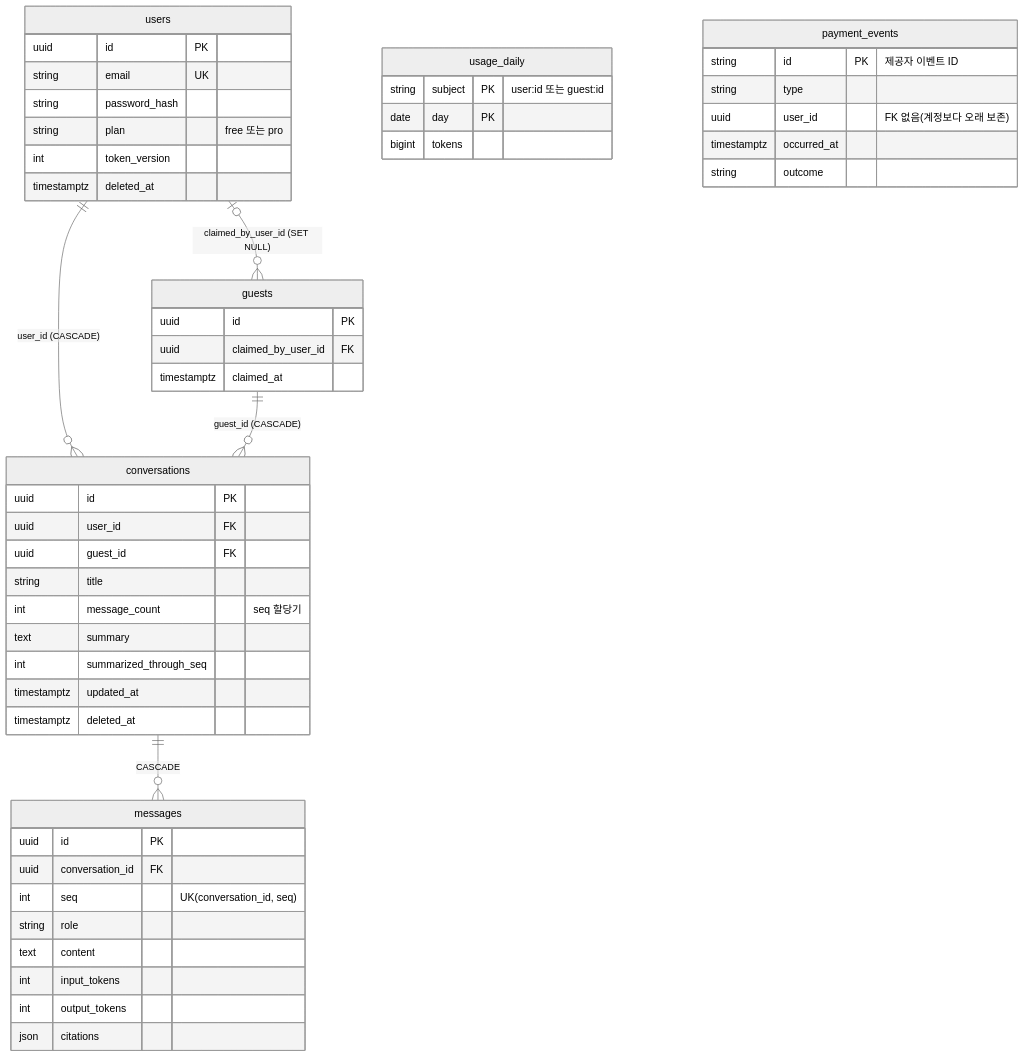
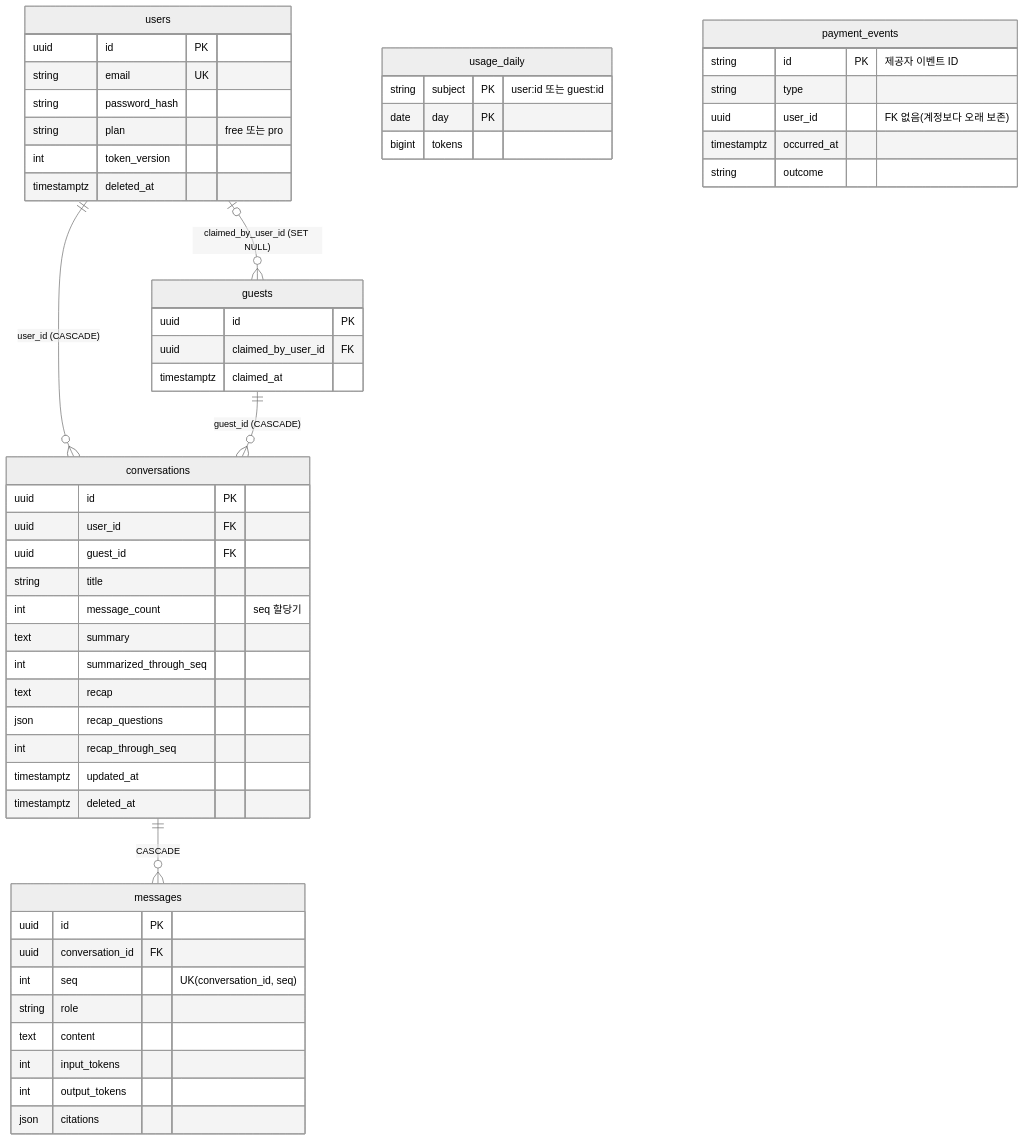
Before and after one commit to Jake-tt/chatforge: the sixth of 8 diagrams in ARCHITECTURE.md, drawn with Mermaid (neutral theme). The commit also changed other lines of this file and 7 other files, not shown here.

````diff
--- a/ARCHITECTURE.md
+++ b/ARCHITECTURE.md
@@ -304,54 +305,57 @@
 ```mermaid
 erDiagram
   users ||--o{ conversations : "user_id (CASCADE)"
   guests ||--o{ conversations : "guest_id (CASCADE)"
   users |o--o{ guests : "claimed_by_user_id (SET NULL)"
   conversations ||--o{ messages : "CASCADE"
 
   users {
     uuid id PK
     string email UK
     string password_hash
     string plan "free 또는 pro"
     int token_version
     timestamptz deleted_at
   }
   guests {
     uuid id PK
     uuid claimed_by_user_id FK
     timestamptz claimed_at
   }
   conversations {
     uuid id PK
     uuid user_id FK
     uuid guest_id FK
     string title
     int message_count "seq 할당기"
     text summary
     int summarized_through_seq
+    text recap
+    json recap_questions
+    int recap_through_seq
     timestamptz updated_at
     timestamptz deleted_at
   }
   messages {
     uuid id PK
     uuid conversation_id FK
     int seq "UK(conversation_id, seq)"
     string role
     text content
     int input_tokens
     int output_tokens
     json citations
   }
   usage_daily {
     string subject PK "user:id 또는 guest:id"
     date day PK
     bigint tokens
   }
   payment_events {
     string id PK "제공자 이벤트 ID"
     string type
     uuid user_id "FK 없음(계정보다 오래 보존)"
     timestamptz occurred_at
     string outcome
   }
 ```
````
